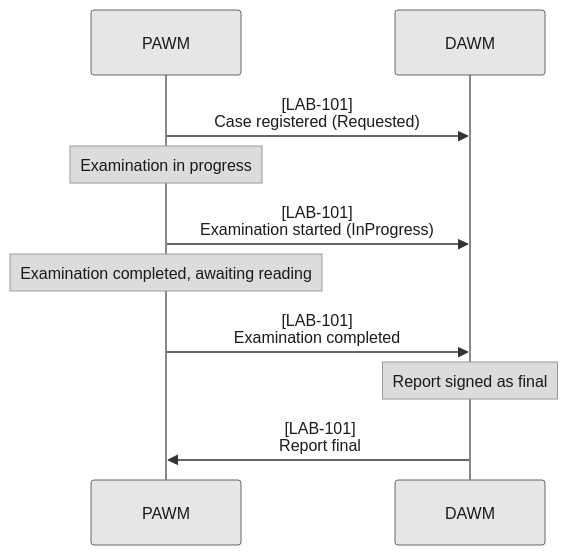
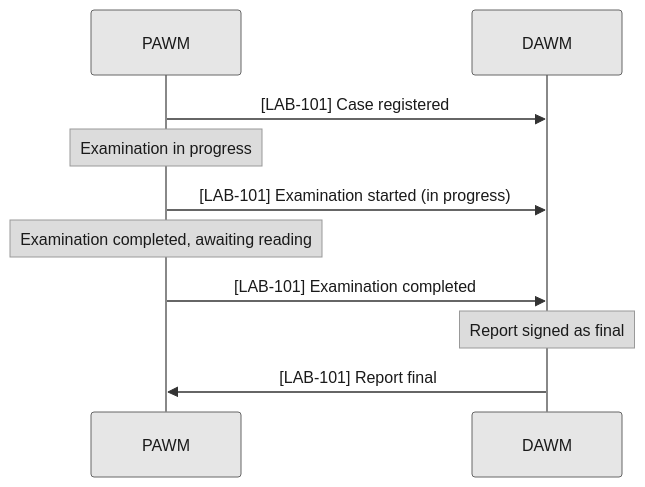
Before and after one commit to rufern/PaLM.DPOW: the sixth of 8 diagrams in input/pagecontent/volume-1.md, drawn with Mermaid. The commit also changed other lines of this file and 8 other files, not shown here.

````diff
--- a/input/pagecontent/volume-1.md
+++ b/input/pagecontent/volume-1.md
@@ -314,20 +317,20 @@
 ```mermaid
 %%{init: {"theme":"base","themeVariables":{"primaryColor":"#e6e6e6","primaryBorderColor":"#666666","primaryTextColor":"#1a1a1a","lineColor":"#555555","textColor":"#1a1a1a","mainBkg":"#e6e6e6","nodeBorder":"#666666","clusterBkg":"#f5f5f5","clusterBorder":"#999999","actorBkg":"#e6e6e6","actorBorder":"#666666","actorTextColor":"#1a1a1a","actorLineColor":"#888888","signalColor":"#333333","signalTextColor":"#1a1a1a","noteBkgColor":"#dcdcdc","noteTextColor":"#1a1a1a","noteBorderColor":"#999999","labelBoxBkgColor":"#dcdcdc","labelBoxBorderColor":"#999999","labelTextColor":"#1a1a1a","edgeLabelBackground":"#f5f5f5","sequenceNumberColor":"#1a1a1a"}}}%%
 sequenceDiagram
   participant PAWM as PAWM
   participant DAWM as DAWM
 
-  PAWM->>DAWM: [LAB-101]<br/>Case registered (Requested)
+  PAWM->>DAWM: [LAB-101] Case registered
 
   Note over PAWM: Examination in progress
 
-  PAWM->>DAWM: [LAB-101]<br/>Examination started (InProgress)
+  PAWM->>DAWM: [LAB-101] Examination started (in progress)
 
   Note over PAWM: Examination completed, awaiting reading
 
-  PAWM->>DAWM: [LAB-101]<br/>Examination completed
- 
+  PAWM->>DAWM: [LAB-101] Examination completed
+
   Note over DAWM: Report signed as final
 
-  DAWM->>PAWM: [LAB-101]<br/>Report final
+  DAWM->>PAWM: [LAB-101] Report final
 ```
````
